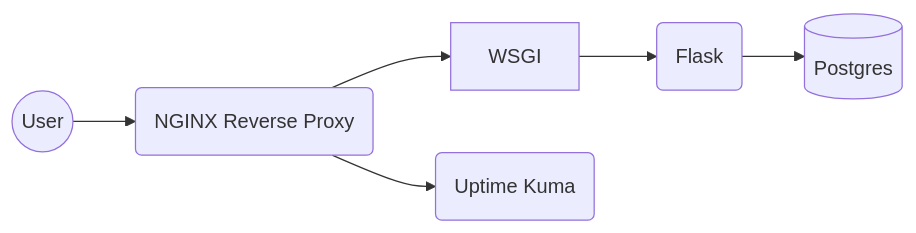
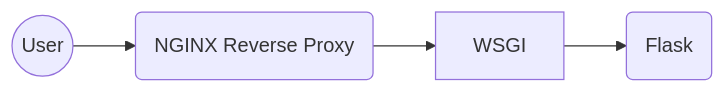
One commit to volutus/recipes-docker changed the diagram in README.md. Above: the diagram before and after it, drawn with Mermaid. The commit also changed other lines of this file, not shown here.

````diff
--- a/README.md
+++ b/README.md
@@ -3,8 +3,6 @@
 ```mermaid
 graph LR;
     USER(("User")) --> NGINX
     NGINX("NGINX Reverse Proxy") --> WSGI;
-    NGINX --> UPTIME("Uptime Kuma");
     WSGI --> FLASK("Flask");
-    FLASK --> DB[("Postgres")];
 ```
````
